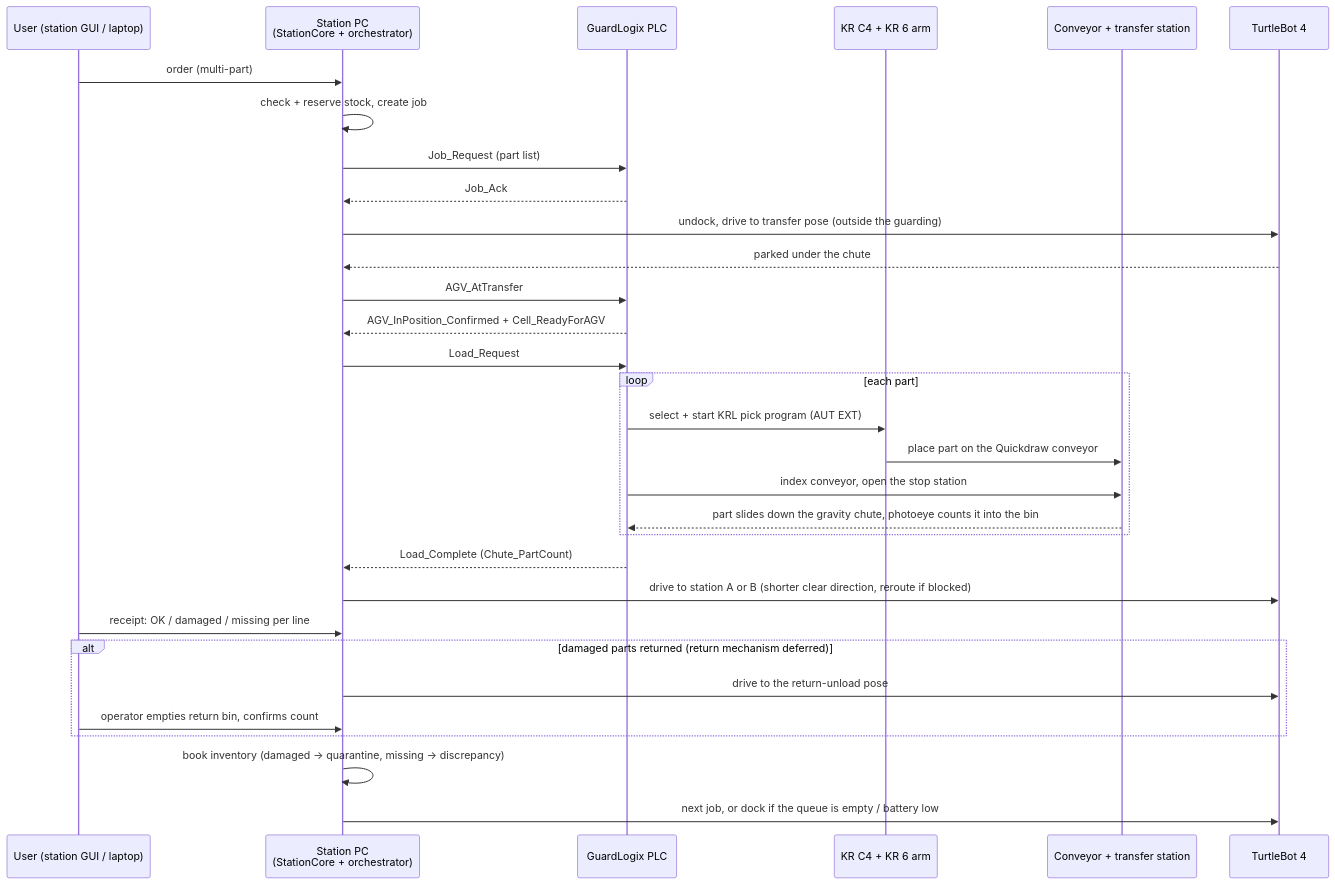
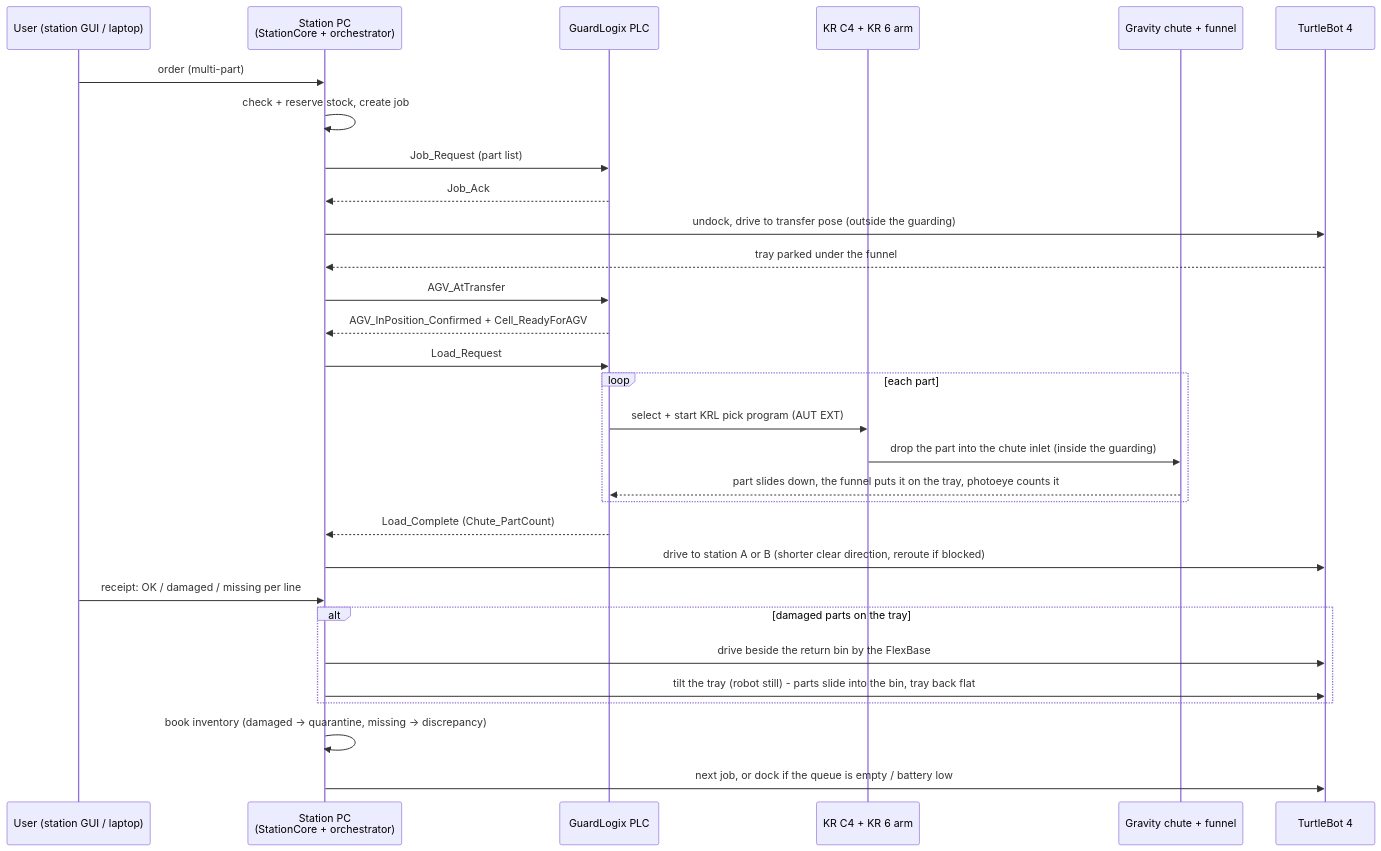
Before and after one commit to CDJ7/APEx-2.0: the diagram in README.md, drawn with Mermaid. The commit also changed other lines of this file and 17 other files, not shown here.

First line of the commit message:
Docs: transfer + return design and the TurtleBot to-do list

````diff
--- a/README.md
+++ b/README.md
@@ -57,33 +62,32 @@
 ```mermaid
 sequenceDiagram
     participant U as User (station GUI / laptop)
     participant S as Station PC<br/>(StationCore + orchestrator)
     participant P as GuardLogix PLC
     participant K as KR C4 + KR 6 arm
-    participant X as Conveyor + transfer station
+    participant X as Gravity chute + funnel
     participant T as TurtleBot 4
     U->>S: order (multi-part)
     S->>S: check + reserve stock, create job
     S->>P: Job_Request (part list)
     P-->>S: Job_Ack
     S->>T: undock, drive to transfer pose (outside the guarding)
-    T-->>S: parked under the chute
+    T-->>S: tray parked under the funnel
     S->>P: AGV_AtTransfer
     P-->>S: AGV_InPosition_Confirmed + Cell_ReadyForAGV
     S->>P: Load_Request
     loop each part
         P->>K: select + start KRL pick program (AUT EXT)
-        K->>X: place part on the Quickdraw conveyor
-        P->>X: index conveyor, open the stop station
-        X-->>P: part slides down the gravity chute, photoeye counts it into the bin
+        K->>X: drop the part into the chute inlet (inside the guarding)
+        X-->>P: part slides down, the funnel puts it on the tray, photoeye counts it
     end
     P-->>S: Load_Complete (Chute_PartCount)
     S->>T: drive to station A or B (shorter clear direction, reroute if blocked)
     U->>S: receipt: OK / damaged / missing per line
-    alt damaged parts returned (return mechanism deferred)
-        S->>T: drive to the return-unload pose
-        U->>S: operator empties return bin, confirms count
+    alt damaged parts on the tray
+        S->>T: drive beside the return bin by the FlexBase
+        S->>T: tilt the tray (robot still) - parts slide into the bin, tray back flat
     end
     S->>S: book inventory (damaged → quarantine, missing → discrepancy)
     S->>T: next job, or dock if the queue is empty / battery low
 ```
````
